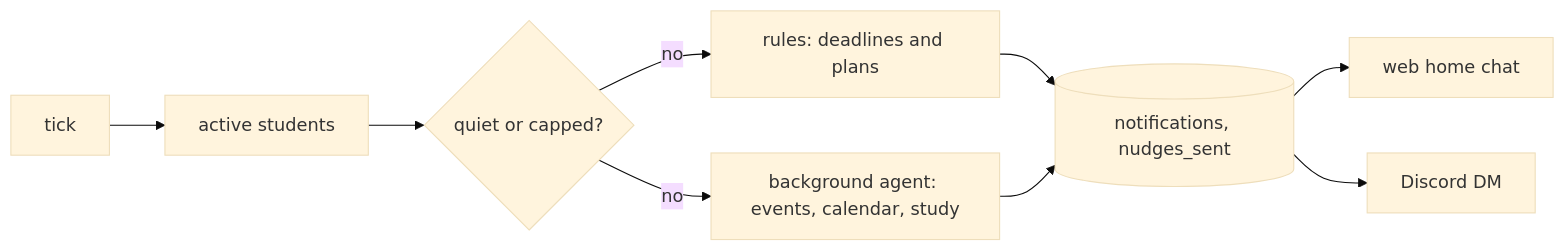
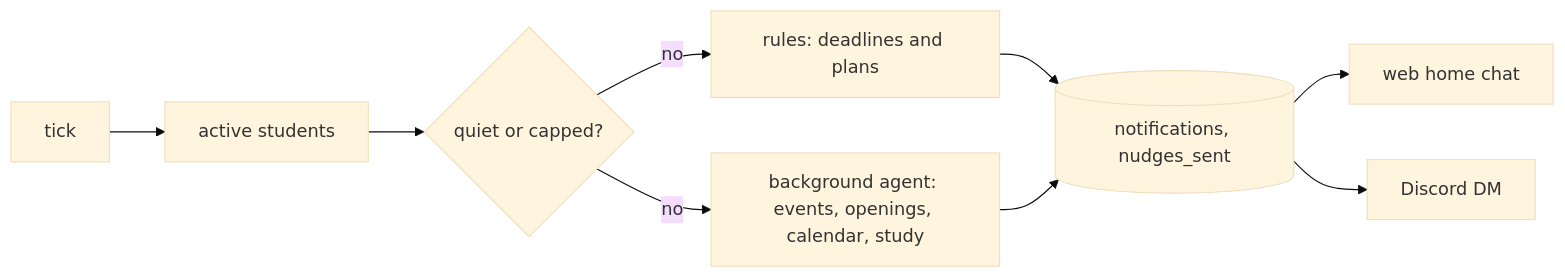
One commit to theaisocietyasu/sparky changed the seventh of 11 diagrams in docs/ARCHITECTURE.md. Above: the diagram before and after it, drawn with Mermaid (base theme). The commit also changed other lines of this file and 15 other files, not shown here.

````diff
--- a/docs/ARCHITECTURE.md
+++ b/docs/ARCHITECTURE.md
@@ -546,11 +546,11 @@
 ```mermaid
 flowchart LR
   T[tick] --> P[active students]
   P --> Q{quiet or capped?}
   Q -->|no| R[rules: deadlines and plans]
-  Q -->|no| A[background agent: events, calendar, study]
+  Q -->|no| A[background agent: events, openings, calendar, study]
   R --> S[(notifications, nudges_sent)]
   A --> S
   S --> W[web home chat]
   S --> D[Discord DM]
 ```
````
